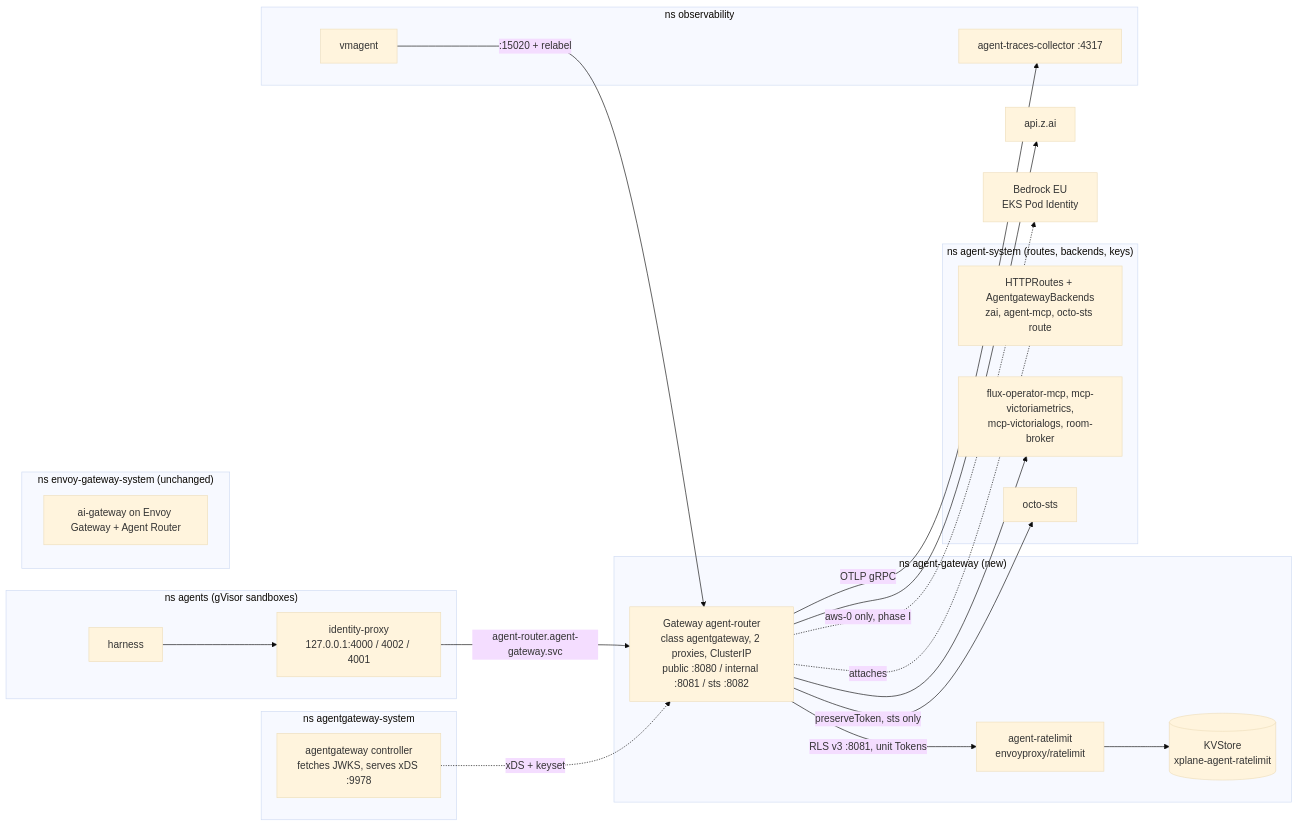
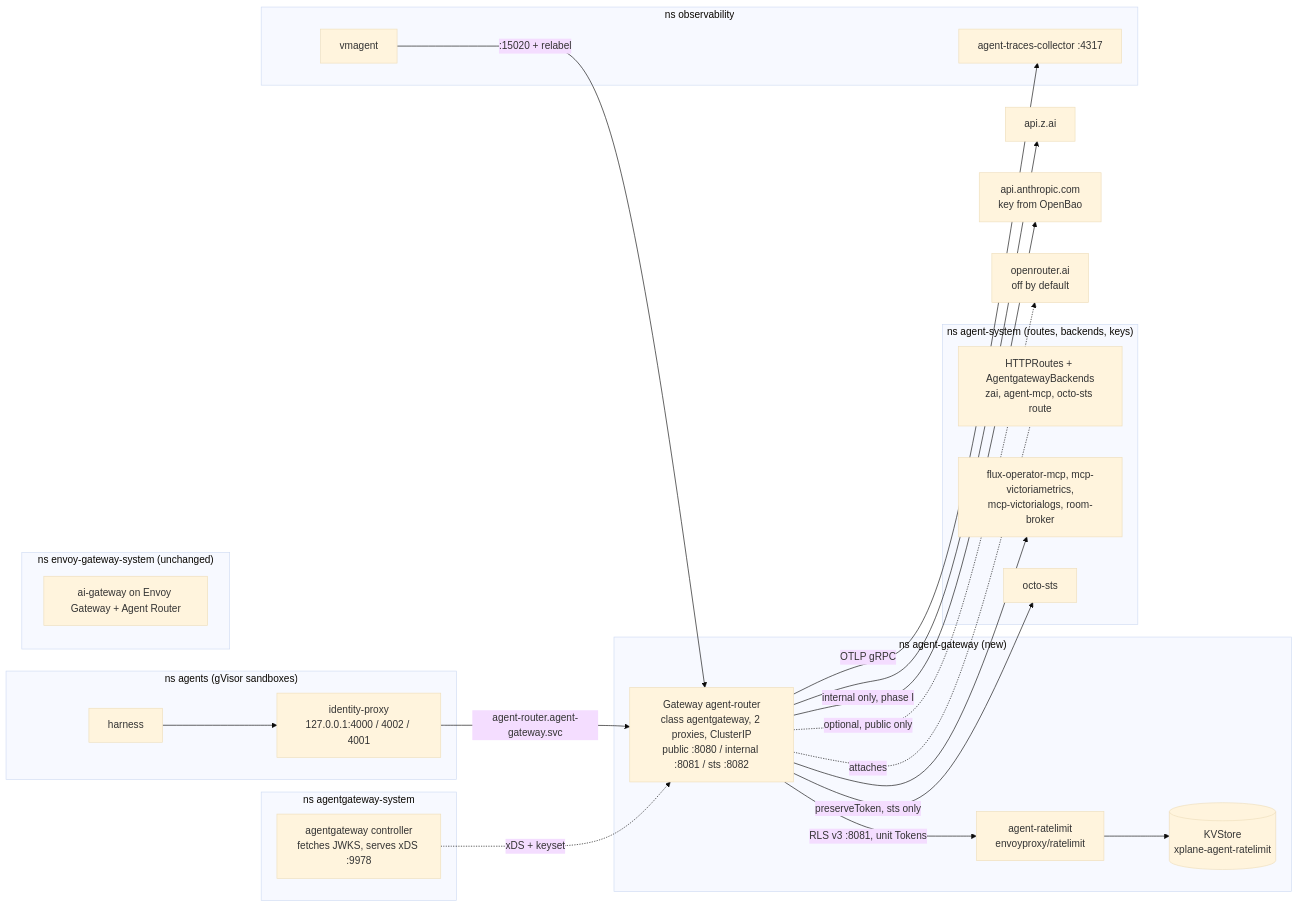
Before and after one commit to Smana/cloud-native-ref: the first of 2 diagrams in docs/superpowers/specs/2026-10-01-agent-router-agentgateway-design.md, drawn with Mermaid (base theme). The commit also changed other lines of this file, not shown here.

````diff
--- a/docs/superpowers/specs/2026-10-01-agent-router-agentgateway-design.md
+++ b/docs/superpowers/specs/2026-10-01-agent-router-agentgateway-design.md
@@ -36,35 +38,36 @@
 ```mermaid
 flowchart LR
   subgraph agents["ns agents (gVisor sandboxes)"]
     H[harness] --> IP["identity-proxy<br/>127.0.0.1:4000 / 4002 / 4001"]
   end
   subgraph agw["ns agent-gateway (new)"]
     GW["Gateway agent-router<br/>class agentgateway, 2 proxies, ClusterIP<br/>public :8080 / internal :8081 / sts :8082"]
     RLS["agent-ratelimit<br/>envoyproxy/ratelimit"] --> KV[("KVStore<br/>xplane-agent-ratelimit")]
   end
   subgraph as["ns agent-system (routes, backends, keys)"]
     R["HTTPRoutes + AgentgatewayBackends<br/>zai, agent-mcp, octo-sts route"]
     MCP["flux-operator-mcp, mcp-victoriametrics,<br/>mcp-victorialogs, room-broker"]
     OS[octo-sts]
   end
   subgraph ctl["ns agentgateway-system"]
     C["agentgateway controller<br/>fetches JWKS, serves xDS :9978"]
   end
   subgraph obs["ns observability"]
     COL[agent-traces-collector :4317]
     VM[vmagent]
   end
   subgraph egs["ns envoy-gateway-system (unchanged)"]
     EGW["ai-gateway on Envoy Gateway + Agent Router"]
   end
   IP -->|"agent-router.agent-gateway.svc"| GW
   GW -.attaches.- R
   GW --> ZAI[api.z.ai]
   GW --> MCP
   GW -->|"preserveToken, sts only"| OS
   GW -->|"RLS v3 :8081, unit Tokens"| RLS
   GW -->|OTLP gRPC| COL
   VM -->|":15020 + relabel"| GW
   C -. xDS + keyset .-> GW
-  GW -.->|"aws-0 only, phase I"| BR["Bedrock EU<br/>EKS Pod Identity"]
+  GW -->|"internal only, phase I"| ANT["api.anthropic.com<br/>key from OpenBao"]
+  GW -.->|"optional, public only"| OR["openrouter.ai<br/>off by default"]
 ```
````
